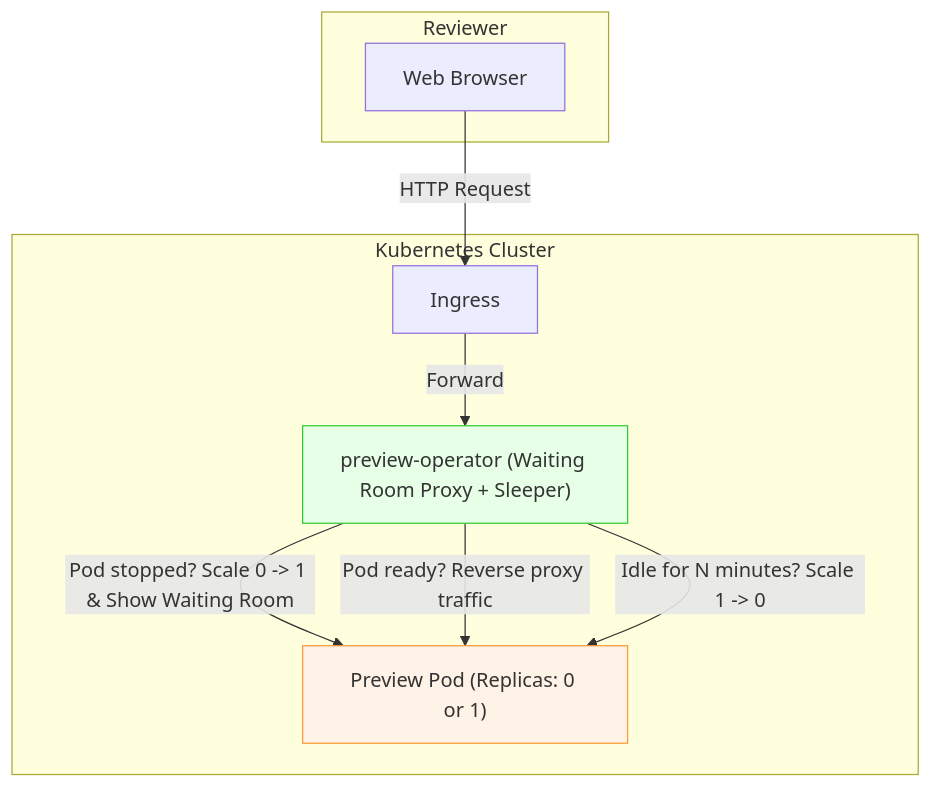
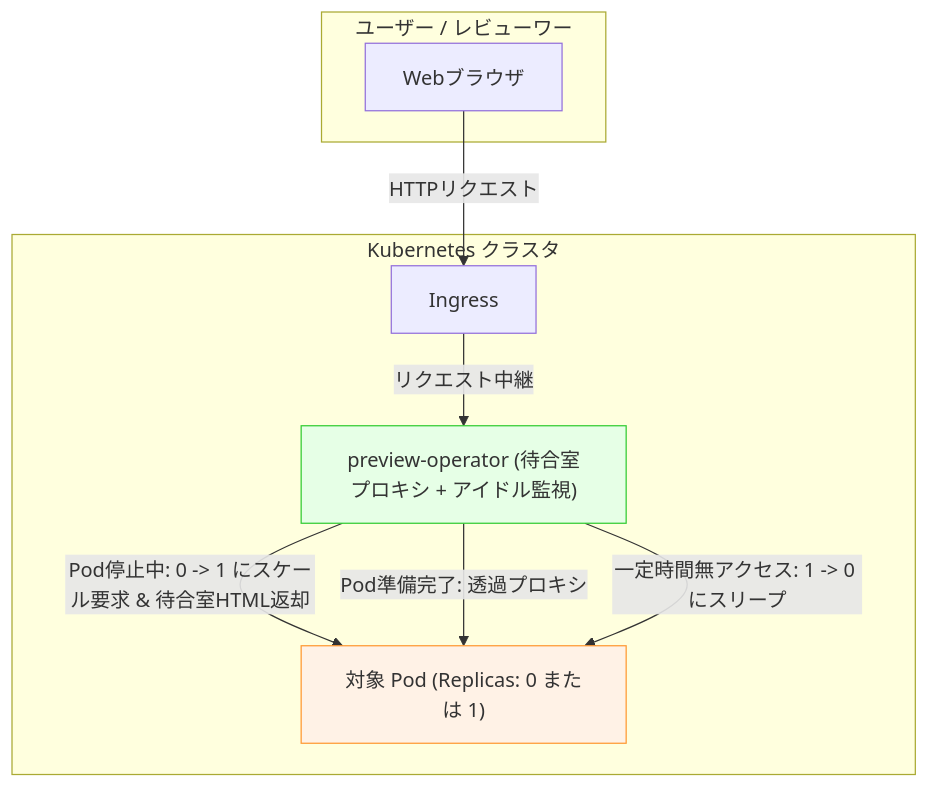
One commit to AobaIwaki123/preview-operator changed the second of 2 diagrams in docs/concept.md. Above: the diagram before and after it, drawn with Mermaid. The commit also changed other lines of this file and 3 other files, not shown here.

````diff
--- a/docs/concept.md
+++ b/docs/concept.md
@@ -49,22 +51,22 @@
 ```mermaid
 %%{init: {"flowchart": {"curve": "basis"}}}%%
 flowchart TD
-    subgraph Reviewer ["Reviewer"]
-        Browser["Web Browser"]
+    subgraph Reviewer ["ユーザー / レビューワー"]
+        Browser["Webブラウザ"]
     end
 
-    subgraph Cluster ["Kubernetes Cluster"]
+    subgraph Cluster ["Kubernetes クラスタ"]
         Ingress["Ingress"]
-        Operator["preview-operator (Waiting Room Proxy + Sleeper)"]
-        Pod["Preview Pod (Replicas: 0 or 1)"]
+        Operator["preview-operator (待合室プロキシ + アイドル監視)"]
+        Pod["対象 Pod (Replicas: 0 または 1)"]
     end
 
-    Browser -->|"HTTP Request"| Ingress
-    Ingress -->|"Forward"| Operator
-    Operator -->|"Pod stopped? Scale 0 -> 1 & Show Waiting Room"| Pod
-    Operator -->|"Pod ready? Reverse proxy traffic"| Pod
-    Operator -->|"Idle for N minutes? Scale 1 -> 0"| Pod
+    Browser -->|"HTTPリクエスト"| Ingress
+    Ingress -->|"リクエスト中継"| Operator
+    Operator -->|"Pod停止中: 0 -> 1 にスケール要求 & 待合室HTML返却"| Pod
+    Operator -->|"Pod準備完了: 透過プロキシ"| Pod
+    Operator -->|"一定時間無アクセス: 1 -> 0 にスリープ"| Pod
 
     style Operator fill:#e6ffe6,stroke:#33cc33
     style Pod fill:#fff2e6,stroke:#ff9933
 ```
````
